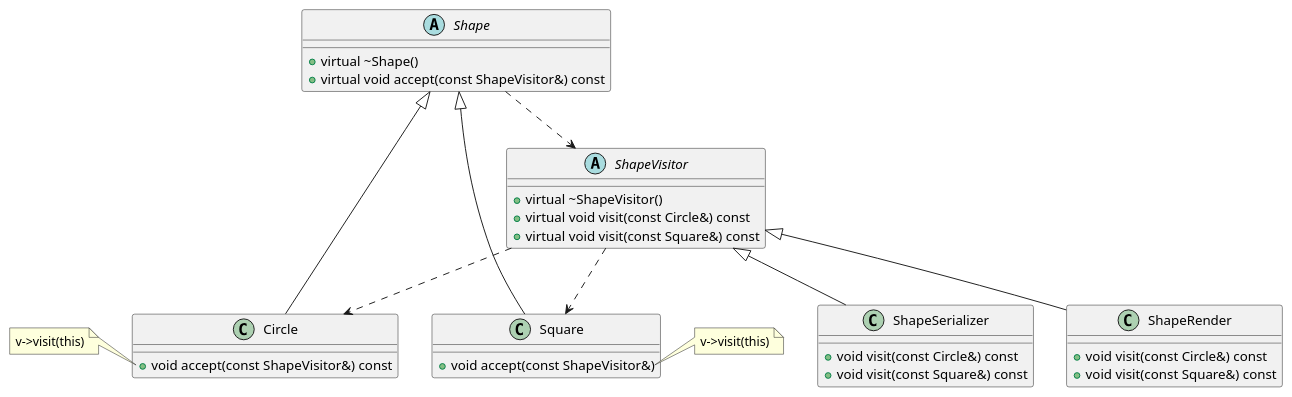
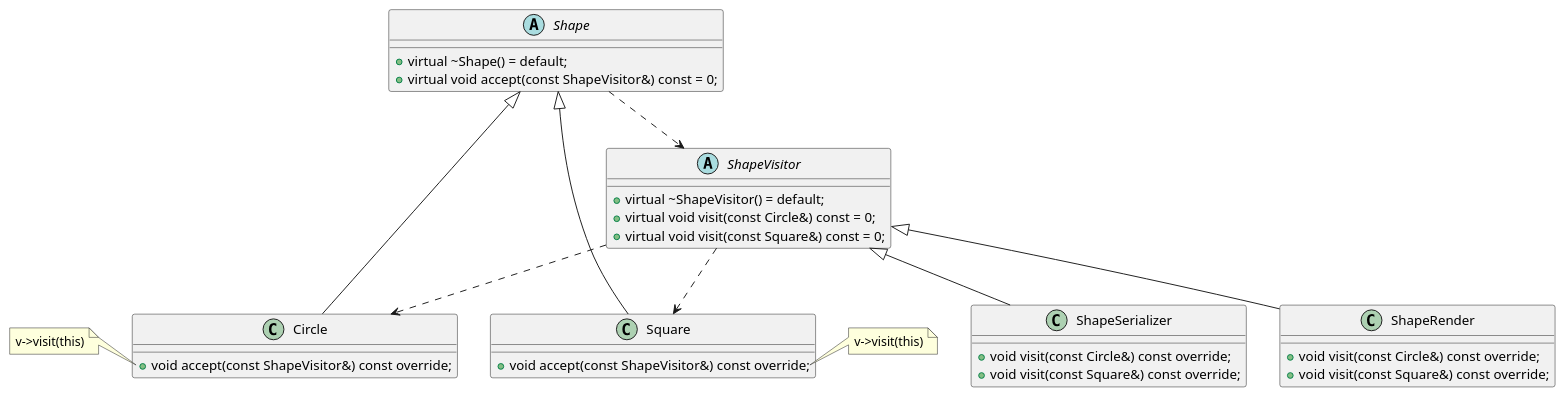
Before and after one commit to mirinta/cpp_learning: the diagram in software_design/visitor_pattern/classic_version/UML.puml, drawn with PlantUML. The commit also changed 6 other files, not shown here.

```diff
--- a/software_design/visitor_pattern/classic_version/UML.puml
+++ b/software_design/visitor_pattern/classic_version/UML.puml
@@ -1,50 +1,50 @@
 @startuml
 
 abstract class ShapeVisitor {
-  + virtual ~ShapeVisitor()
-  + virtual void visit(const Circle&) const
-  + virtual void visit(const Square&) const
+  + virtual ~ShapeVisitor() = default;
+  + virtual void visit(const Circle&) const = 0;
+  + virtual void visit(const Square&) const = 0;
 }
 
 abstract class Shape {
-  + virtual ~Shape()
-  + virtual void accept(const ShapeVisitor&) const
+  + virtual ~Shape() = default;
+  + virtual void accept(const ShapeVisitor&) const = 0;
 }
 
 class Circle {
-  + void accept(const ShapeVisitor&) const
+  + void accept(const ShapeVisitor&) const override;
 }
 
 class Square {
-  + void accept(const ShapeVisitor&)
+  + void accept(const ShapeVisitor&) const override;
 }
 
 class ShapeSerializer {
-  + void visit(const Circle&) const
-  + void visit(const Square&) const
+  + void visit(const Circle&) const override;
+  + void visit(const Square&) const override;
 }
 
 class ShapeRender {
-  + void visit(const Circle&) const
-  + void visit(const Square&) const
+  + void visit(const Circle&) const override;
+  + void visit(const Square&) const override;
 }
 
 Shape <|-- Circle
 Shape <|-- Square
 
 ShapeVisitor <|-- ShapeSerializer
 ShapeVisitor <|-- ShapeRender
 
 Shape ..> ShapeVisitor
 ShapeVisitor ..> Circle
 ShapeVisitor ..> Square
 
 note left of Circle::accept
     v->visit(this)
 end note
 
 note right of Square::accept
     v->visit(this)
 end note
 
 @enduml
```
